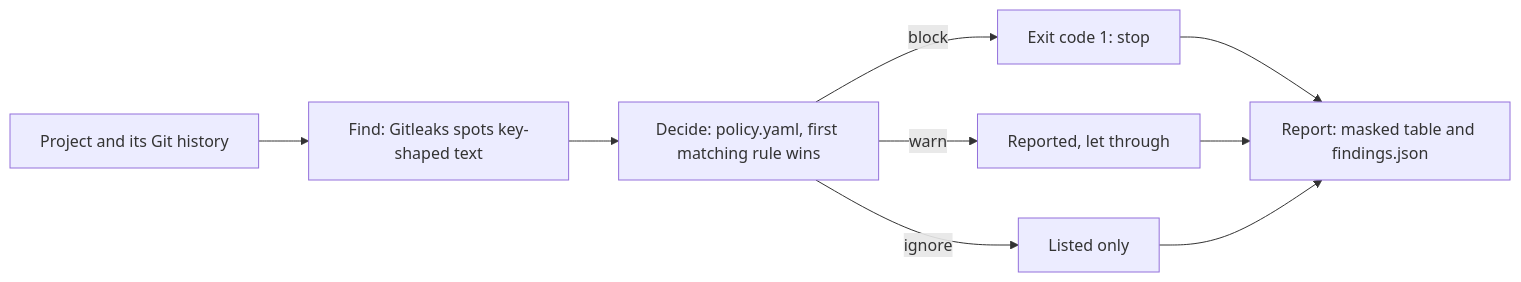
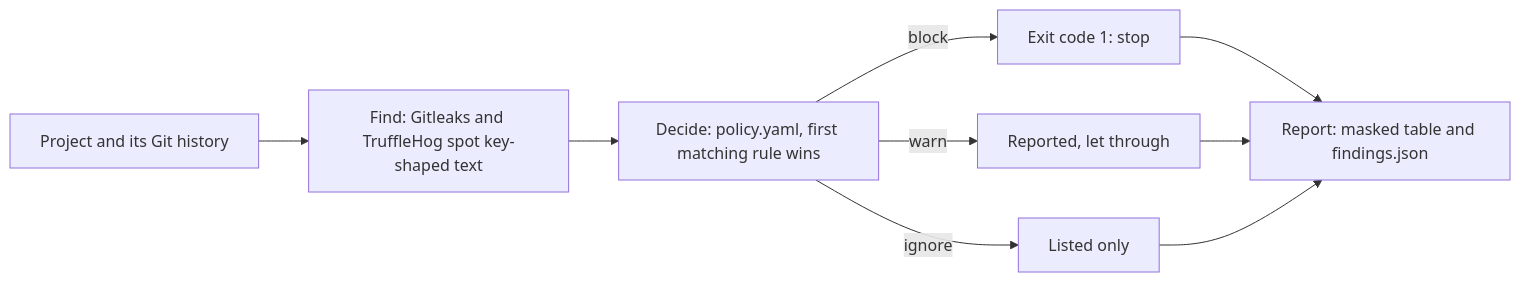
Before and after one commit to Bhavik-Kadian/Nexora: the diagram in docs/how-it-works.md, drawn with Mermaid. The commit also changed other lines of this file and 48 other files, not shown here.

````diff
--- a/docs/how-it-works.md
+++ b/docs/how-it-works.md
@@ -63,11 +68,11 @@
 ```mermaid
 flowchart LR
-    A["Project and its Git history"] --> B["Find: Gitleaks spots key-shaped text"]
+    A["Project and its Git history"] --> B["Find: Gitleaks and TruffleHog spot key-shaped text"]
     B --> C["Decide: policy.yaml, first matching rule wins"]
     C -->|block| D["Exit code 1: stop"]
     C -->|warn| E["Reported, let through"]
     C -->|ignore| F["Listed only"]
     D --> G["Report: masked table and findings.json"]
     E --> G
     F --> G
 ```
````
